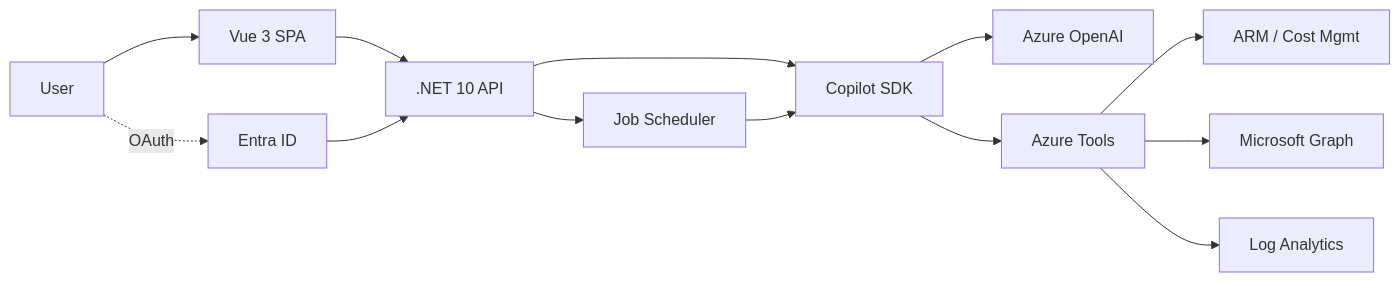
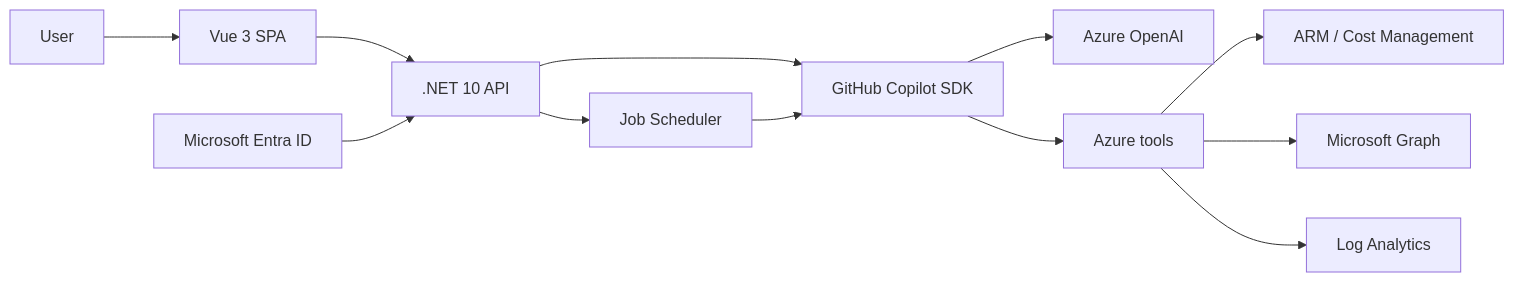
The diagram in README.md (Azure-Samples/azure-finops-agent), drawn with Mermaid before and after one commit. The commit also changed other lines of this file and 29 other files, not shown here.

````diff
--- a/README.md
+++ b/README.md
@@ -45,14 +28,14 @@
 ```mermaid
 flowchart LR
-    U[User] --> FE[Vue 3 SPA]
-    FE --> API[.NET 10 API]
-    API --> SDK[Copilot SDK]
-    API --> SCHED[Job Scheduler] --> SDK
-    SDK --> AOAI[Azure OpenAI]
-    SDK --> TOOLS[Azure Tools]
-    TOOLS --> ARM[ARM / Cost Mgmt]
-    TOOLS --> GRAPH[Microsoft Graph]
-    TOOLS --> LA[Log Analytics]
-    U -. OAuth .-> ENTRA[Entra ID]
-    ENTRA --> API
+    User --> UI[Vue 3 SPA]
+    UI --> API[.NET 10 API]
+    API --> SDK[GitHub Copilot SDK]
+    API --> Jobs[Job Scheduler]
+    Jobs --> SDK
+    SDK --> Model[Azure OpenAI]
+    SDK --> Tools[Azure tools]
+    Tools --> ARM[ARM / Cost Management]
+    Tools --> Graph[Microsoft Graph]
+    Tools --> Logs[Log Analytics]
+    Entra[Microsoft Entra ID] --> API
 ```
````
